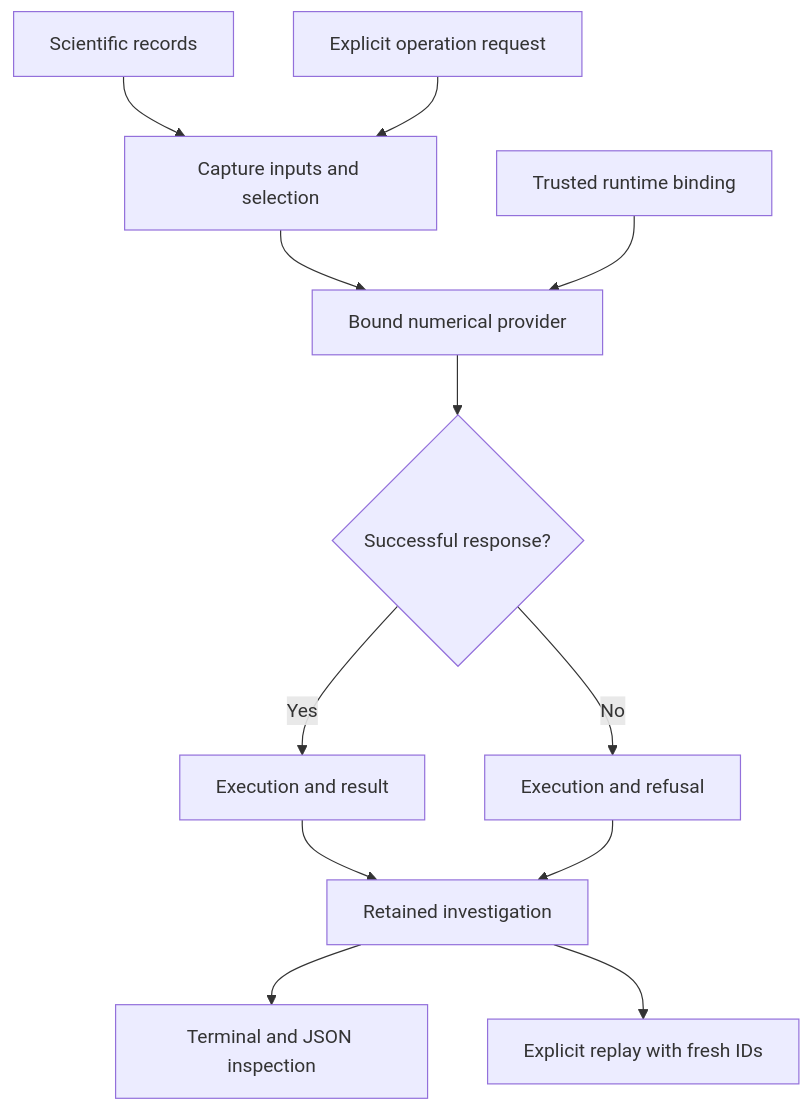
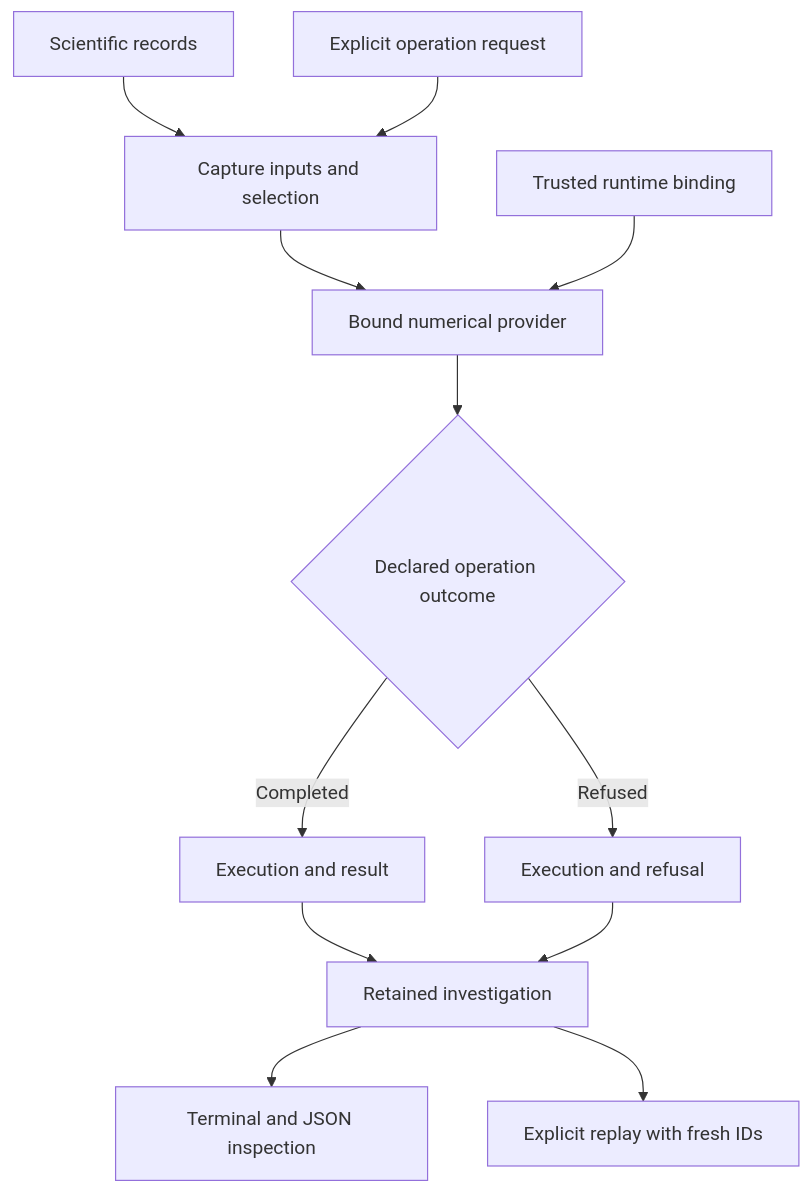
Before and after one commit to giasonpooni/Computational-Instrumentation-Workbench: the diagram in README.md, drawn with Mermaid. The commit also changed other lines of this file, not shown here.

````diff
--- a/README.md
+++ b/README.md
@@ -36,14 +33,14 @@
 ```mermaid
 flowchart TD
     Records["Scientific records"] --> Capture["Capture inputs and selection"]
     Request["Explicit operation request"] --> Capture
     Capture --> Provider["Bound numerical provider"]
     Runtime["Trusted runtime binding"] --> Provider
-    Provider --> Outcome{"Successful response?"}
-    Outcome -->|Yes| Result["Execution and result"]
-    Outcome -->|No| Refusal["Execution and refusal"]
+    Provider --> Outcome{"Declared operation outcome"}
+    Outcome -->|Completed| Result["Execution and result"]
+    Outcome -->|Refused| Refusal["Execution and refusal"]
     Result --> Retain["Retained investigation"]
     Refusal --> Retain
     Retain --> Terminal["Terminal and JSON inspection"]
     Retain --> Replay["Explicit replay with fresh IDs"]
 ```
````
